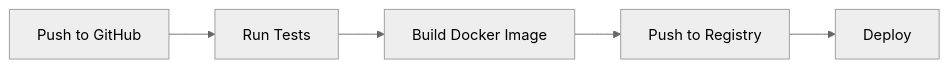
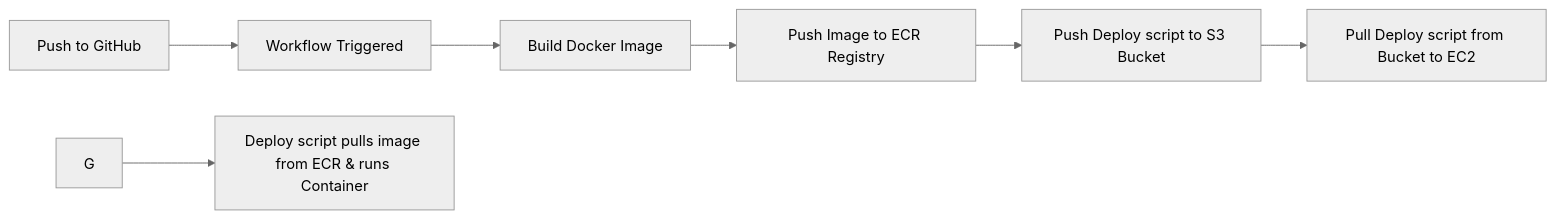
The diagram in README.md (MonkeyScourge/practice-ci-cd-pipeline), drawn with Mermaid (neutral theme) before and after one commit.

Commit message:
[skip ci] updated readme: updated architecture

````diff
--- a/README.md
+++ b/README.md
@@ -11,7 +11,10 @@
 ```mermaid
 flowchart LR
-	A[Push to GitHub] --> B[Run Tests]
+	A[Push to GitHub] --> B[Workflow Triggered]
 	B --> C[Build Docker Image]
-	C --> D[Push to Registry]
-	D --> E[Deploy]
+	C --> D[Push Image to ECR Registry]
+	D --> E[Push Deploy script to S3 Bucket]
+	E --> F[Pull Deploy script from Bucket to EC2]
+	G --> H[Deploy script pulls image from ECR & runs Container]
+
 ```
````
